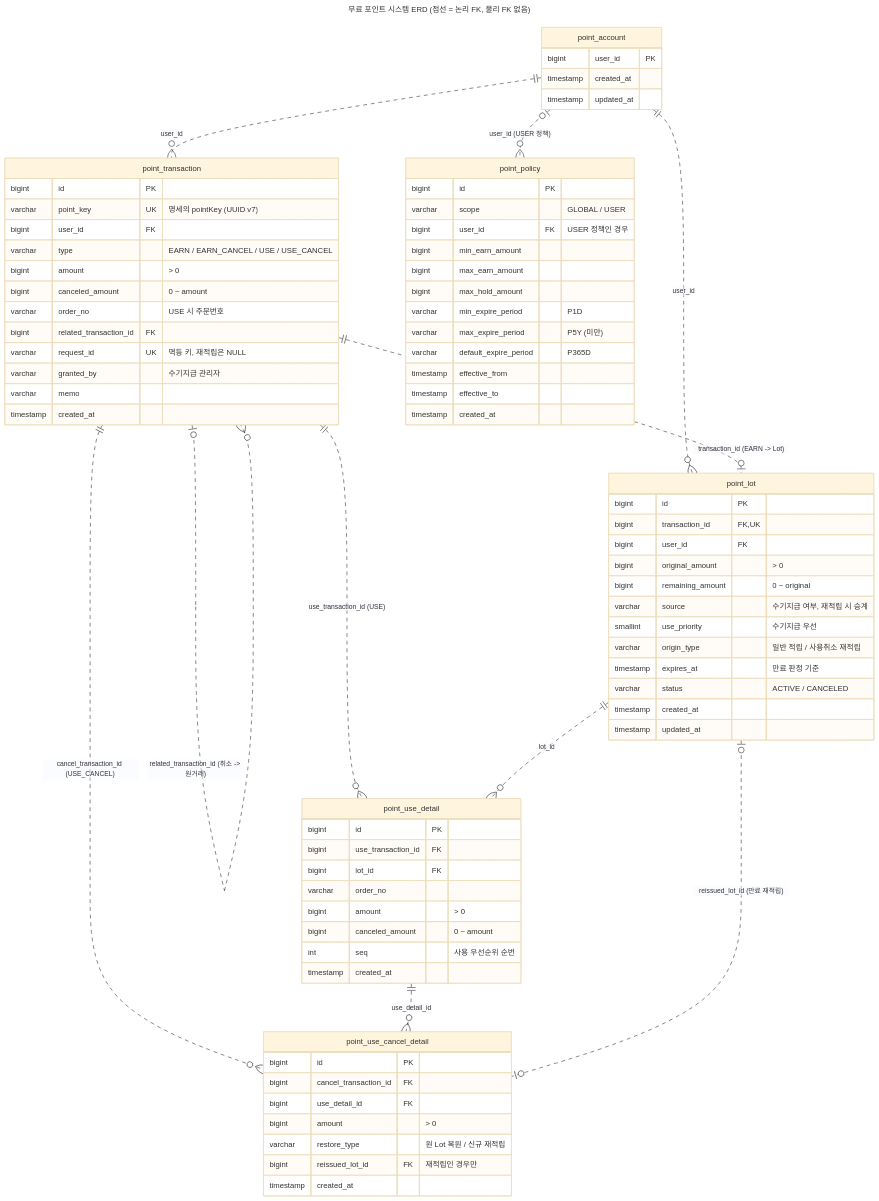
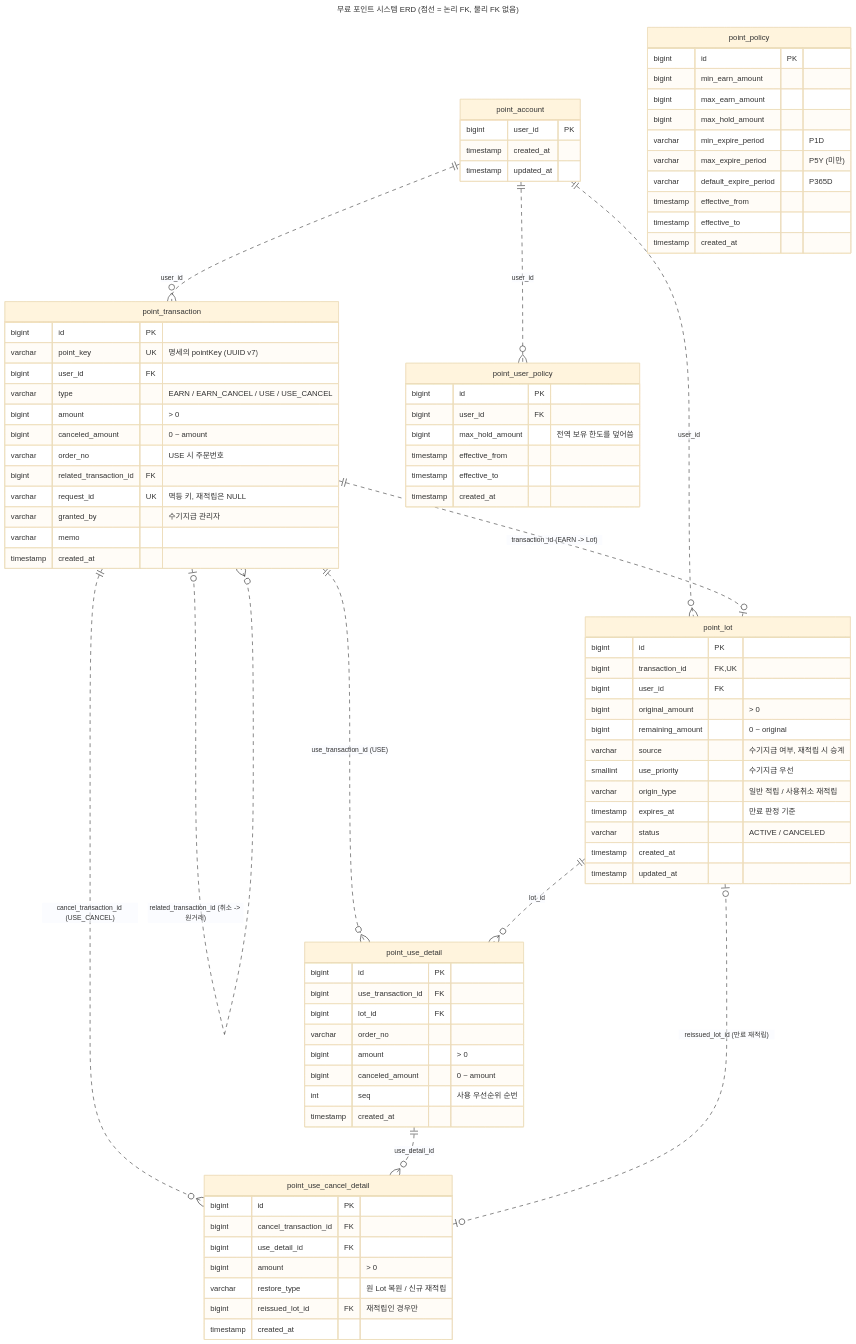
The diagram in src/main/resources/erd/erd.mmd (jaecheolso/free-point-api), drawn with Mermaid (base theme) before and after one commit. The commit also changed 20 other files, not shown here.

```diff
--- a/src/main/resources/erd/erd.mmd
+++ b/src/main/resources/erd/erd.mmd
@@ -1,86 +1,93 @@
 ---
 title: 무료 포인트 시스템 ERD (점선 = 논리 FK, 물리 FK 없음)
 ---
 erDiagram
     point_account ||..o{ point_transaction : "user_id"
     point_account ||..o{ point_lot : "user_id"
-    point_account |o..o{ point_policy : "user_id (USER 정책)"
+    point_account ||..o{ point_user_policy : "user_id"
     point_transaction |o..o{ point_transaction : "related_transaction_id (취소 -> 원거래)"
     point_transaction ||..o| point_lot : "transaction_id (EARN -> Lot)"
     point_transaction ||..o{ point_use_detail : "use_transaction_id (USE)"
     point_lot ||..o{ point_use_detail : "lot_id"
     point_transaction ||..o{ point_use_cancel_detail : "cancel_transaction_id (USE_CANCEL)"
     point_use_detail ||..o{ point_use_cancel_detail : "use_detail_id"
     point_lot |o..o| point_use_cancel_detail : "reissued_lot_id (만료 재적립)"
 
     point_account {
         bigint user_id PK
         timestamp created_at
         timestamp updated_at
     }
 
     point_transaction {
         bigint id PK
         varchar point_key UK "명세의 pointKey (UUID v7)"
         bigint user_id FK
         varchar type "EARN / EARN_CANCEL / USE / USE_CANCEL"
         bigint amount "> 0"
         bigint canceled_amount "0 ~ amount"
         varchar order_no "USE 시 주문번호"
         bigint related_transaction_id FK
         varchar request_id UK "멱등 키, 재적립은 NULL"
         varchar granted_by "수기지급 관리자"
         varchar memo
         timestamp created_at
     }
 
     point_lot {
         bigint id PK
         bigint transaction_id FK, UK
         bigint user_id FK
         bigint original_amount "> 0"
         bigint remaining_amount "0 ~ original"
         varchar source "수기지급 여부, 재적립 시 승계"
         smallint use_priority "수기지급 우선"
         varchar origin_type "일반 적립 / 사용취소 재적립"
         timestamp expires_at "만료 판정 기준"
         varchar status "ACTIVE / CANCELED"
         timestamp created_at
         timestamp updated_at
     }
 
     point_use_detail {
         bigint id PK
         bigint use_transaction_id FK
         bigint lot_id FK
         varchar order_no
         bigint amount "> 0"
         bigint canceled_amount "0 ~ amount"
         int seq "사용 우선순위 순번"
         timestamp created_at
     }
 
     point_use_cancel_detail {
         bigint id PK
         bigint cancel_transaction_id FK
         bigint use_detail_id FK
         bigint amount "> 0"
         varchar restore_type "원 Lot 복원 / 신규 재적립"
         bigint reissued_lot_id FK "재적립인 경우만"
         timestamp created_at
     }
 
     point_policy {
         bigint id PK
-        varchar scope "GLOBAL / USER"
-        bigint user_id FK "USER 정책인 경우"
         bigint min_earn_amount
         bigint max_earn_amount
         bigint max_hold_amount
         varchar min_expire_period "P1D"
         varchar max_expire_period "P5Y (미만)"
         varchar default_expire_period "P365D"
         timestamp effective_from
         timestamp effective_to
         timestamp created_at
     }
+
+    point_user_policy {
+        bigint id PK
+        bigint user_id FK
+        bigint max_hold_amount "전역 보유 한도를 덮어씀"
+        timestamp effective_from
+        timestamp effective_to
+        timestamp created_at
+    }
```
